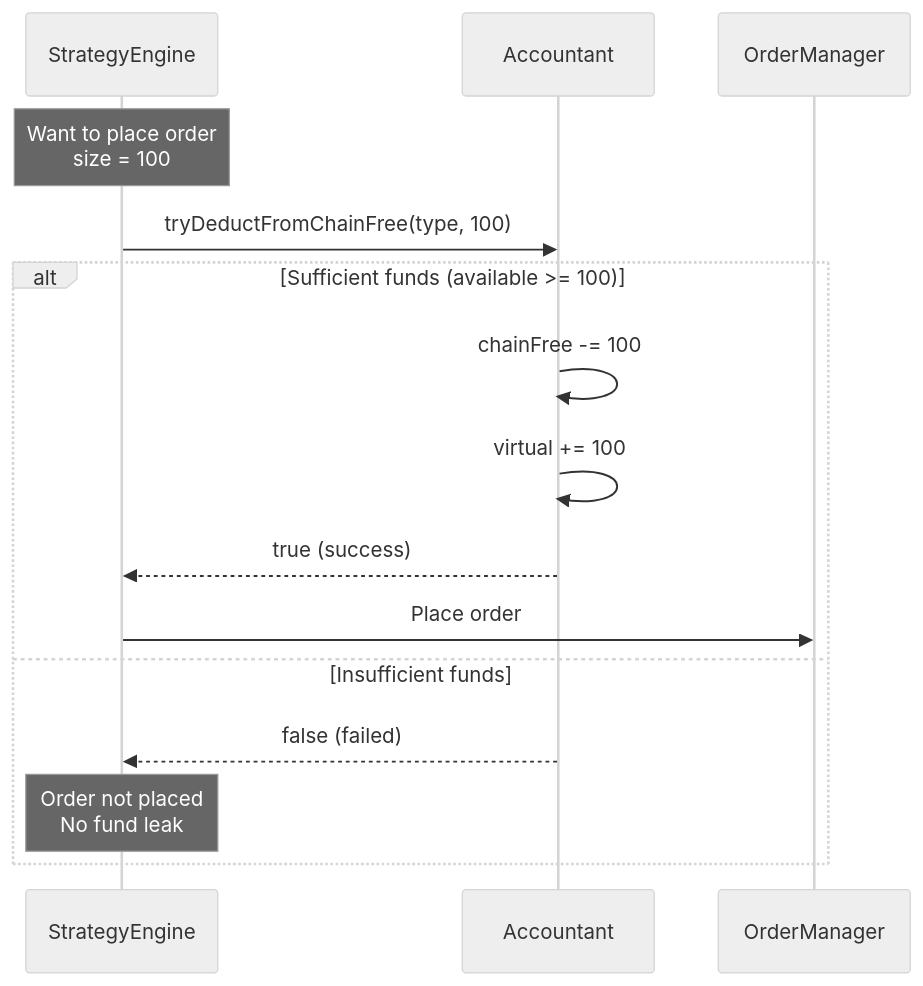
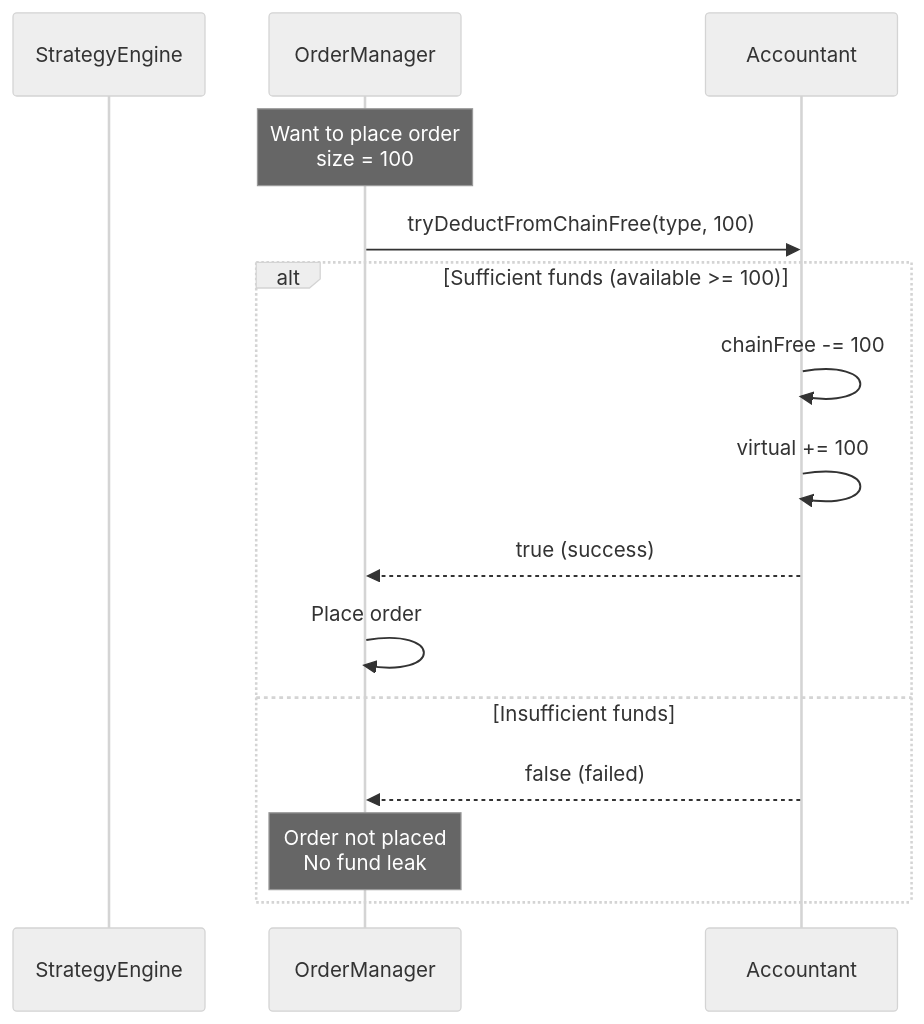
The sixth of 13 diagrams in docs/architecture.md (technologiespro/DEXBot2), drawn with Mermaid (neutral theme) before and after one commit. The commit also changed other lines of this file and 19 other files, not shown here.

First line of the commit message:
docs: comprehensive documentation sweep — fix stale refs, stats, and architecture drift

````diff
--- a/docs/architecture.md
+++ b/docs/architecture.md
@@ -828,20 +826,20 @@
 ```mermaid
 sequenceDiagram
     participant Strat as StrategyEngine
+    participant Mgr as OrderManager
     participant Acct as Accountant
-    participant Mgr as OrderManager
 
-    Note over Strat: Want to place order<br/>size = 100
+    Note over Mgr: Want to place order<br/>size = 100
 
-    Strat->>Acct: tryDeductFromChainFree(type, 100)
+    Mgr->>Acct: tryDeductFromChainFree(type, 100)
 
     alt Sufficient funds (available >= 100)
         Acct->>Acct: chainFree -= 100
         Acct->>Acct: virtual += 100
-        Acct-->>Strat: true (success)
-        Strat->>Mgr: Place order
+        Acct-->>Mgr: true (success)
+        Mgr->>Mgr: Place order
     else Insufficient funds
-        Acct-->>Strat: false (failed)
-        Note over Strat: Order not placed<br/>No fund leak
+        Acct-->>Mgr: false (failed)
+        Note over Mgr: Order not placed<br/>No fund leak
     end
 ```
````
